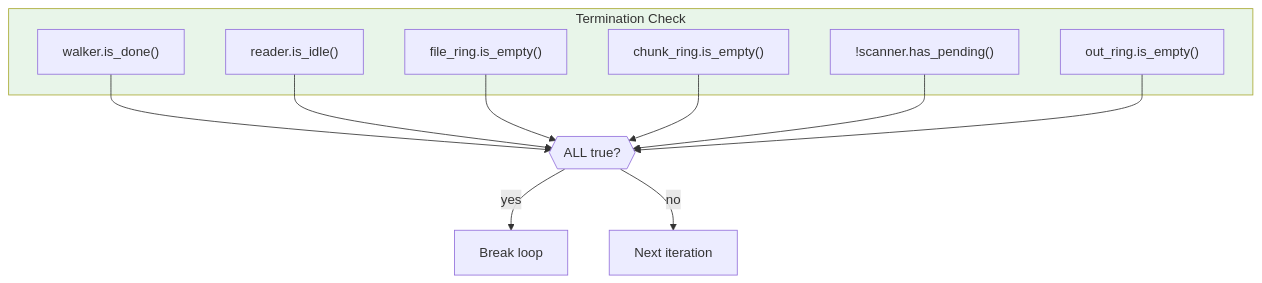
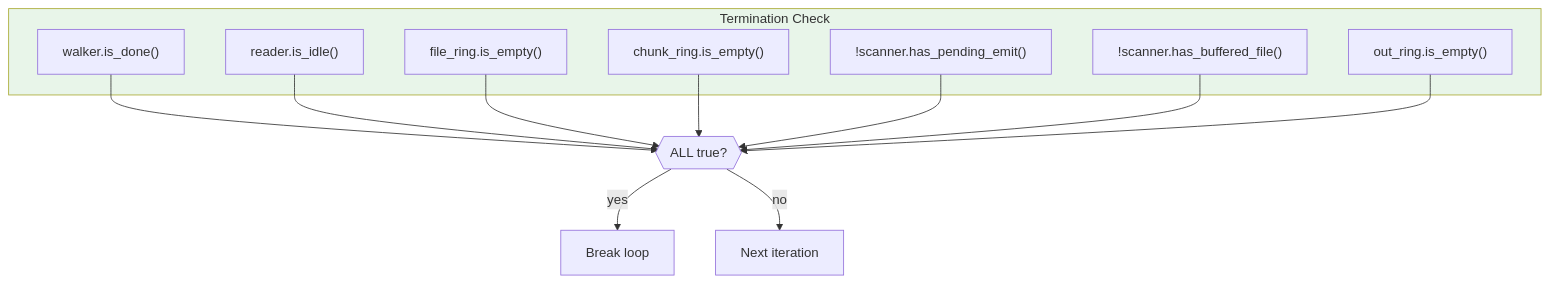
One commit to ahrav/scratch-scanner-rs changed the fourth of 7 diagrams in docs/pipeline-state-machine.md. Above: the diagram before and after it, drawn with Mermaid. The commit also changed other lines of this file and 45 other files, not shown here.

````diff
--- a/docs/pipeline-state-machine.md
+++ b/docs/pipeline-state-machine.md
@@ -110,24 +114,26 @@
 ```mermaid
 graph TB
     subgraph Termination["Termination Check"]
         WD["walker.is_done()"]
         RI["reader.is_idle()"]
         FE["file_ring.is_empty()"]
         CE["chunk_ring.is_empty()"]
-        NP["!scanner.has_pending()"]
+        NP["!scanner.has_pending_emit()"]
+        BF["!scanner.has_buffered_file()"]
         OE["out_ring.is_empty()"]
     end
 
     WD --> AND
     RI --> AND
     FE --> AND
     CE --> AND
     NP --> AND
+    BF --> AND
     OE --> AND
 
     AND{{"ALL true?"}}
     AND --> |yes| Done["Break loop"]
     AND --> |no| Continue["Next iteration"]
 
     style Termination fill:#e8f5e9
 ```
````
